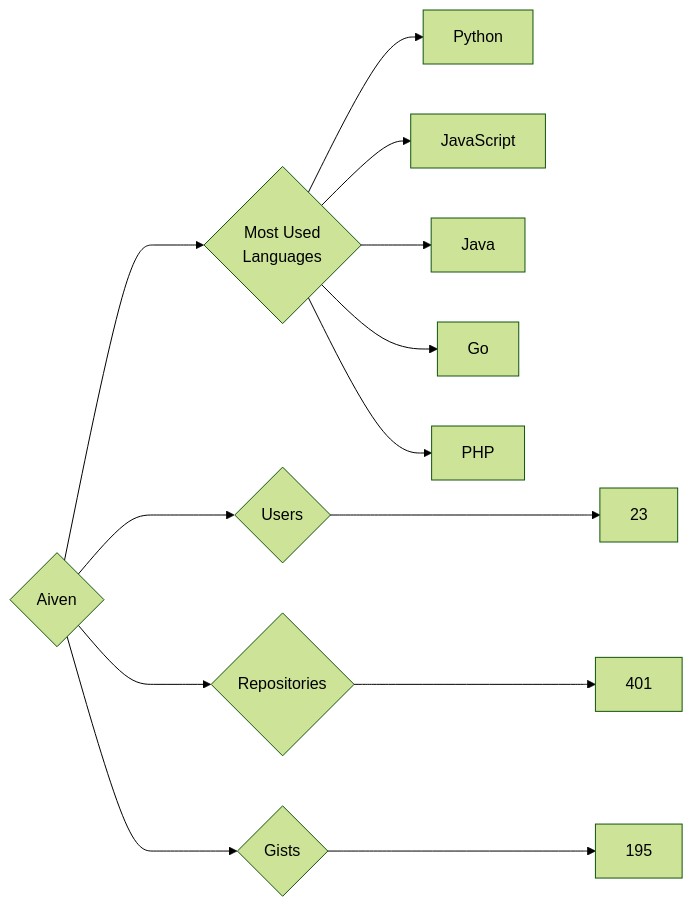
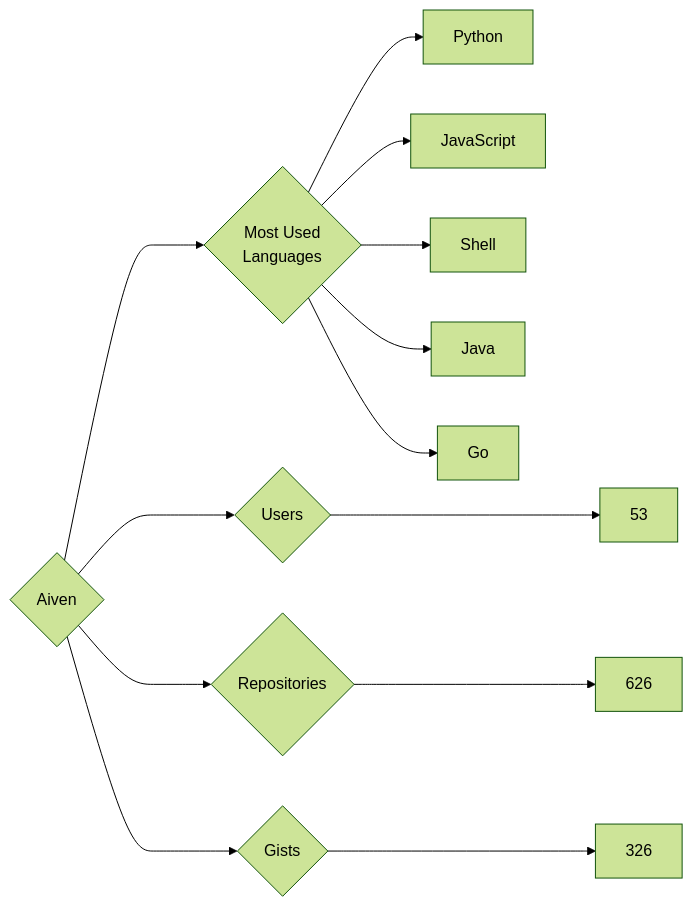
Before and after one commit to trickest/insiders: the diagram in targets/Aiven/README.md, drawn with Mermaid (forest theme). The commit also changed 951 other files, not shown here.

````diff
--- a/targets/Aiven/README.md
+++ b/targets/Aiven/README.md
@@ -3,13 +3,13 @@
 ```mermaid
 graph LR
 COMPANY_NAME{Aiven}
-COMPANY_NAME ---> U{Users} ---> UN[23]
-COMPANY_NAME ---> R{Repositories} ---> RN[401]
-COMPANY_NAME ---> G{Gists} ---> GN[195]
+COMPANY_NAME ---> U{Users} ---> UN[53]
+COMPANY_NAME ---> R{Repositories} ---> RN[626]
+COMPANY_NAME ---> G{Gists} ---> GN[326]
 COMPANY_NAME ---> ML{Most Used<br>Languages}
-ML --> Python
-ML --> JavaScript
-ML --> Java
-ML --> Go
-ML --> PHP
+ML --> Python[Python]
+ML --> JavaScript[JavaScript]
+ML --> Shell[Shell]
+ML --> Java[Java]
+ML --> Go[Go]
 ```
````
